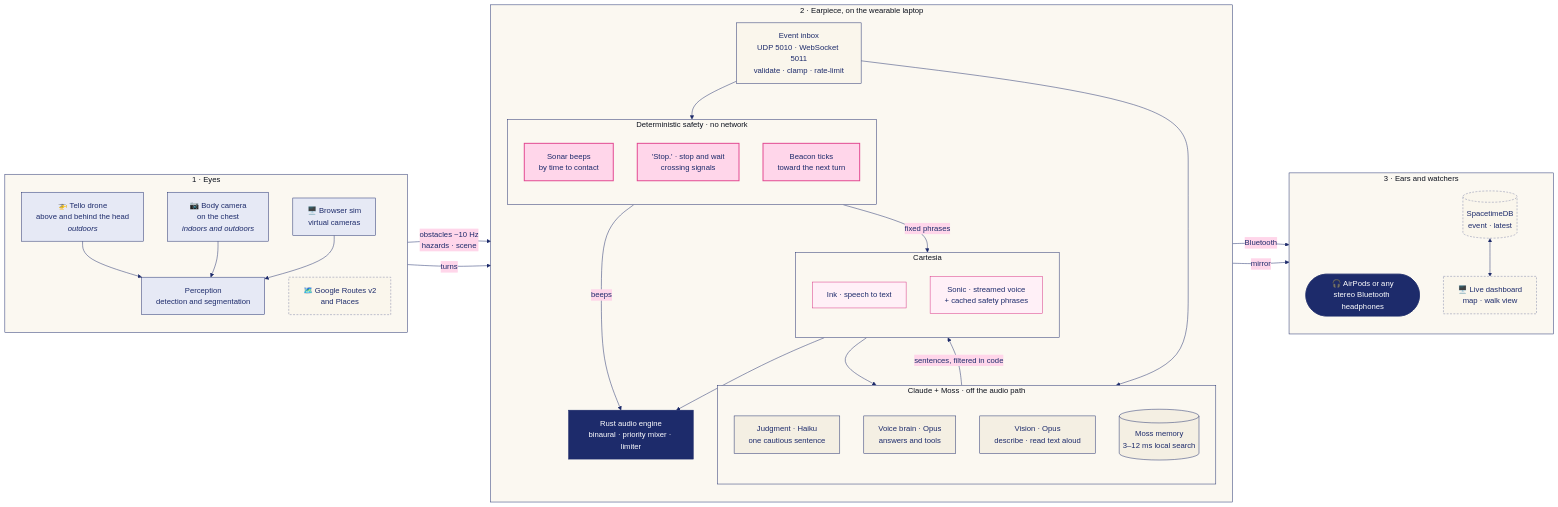
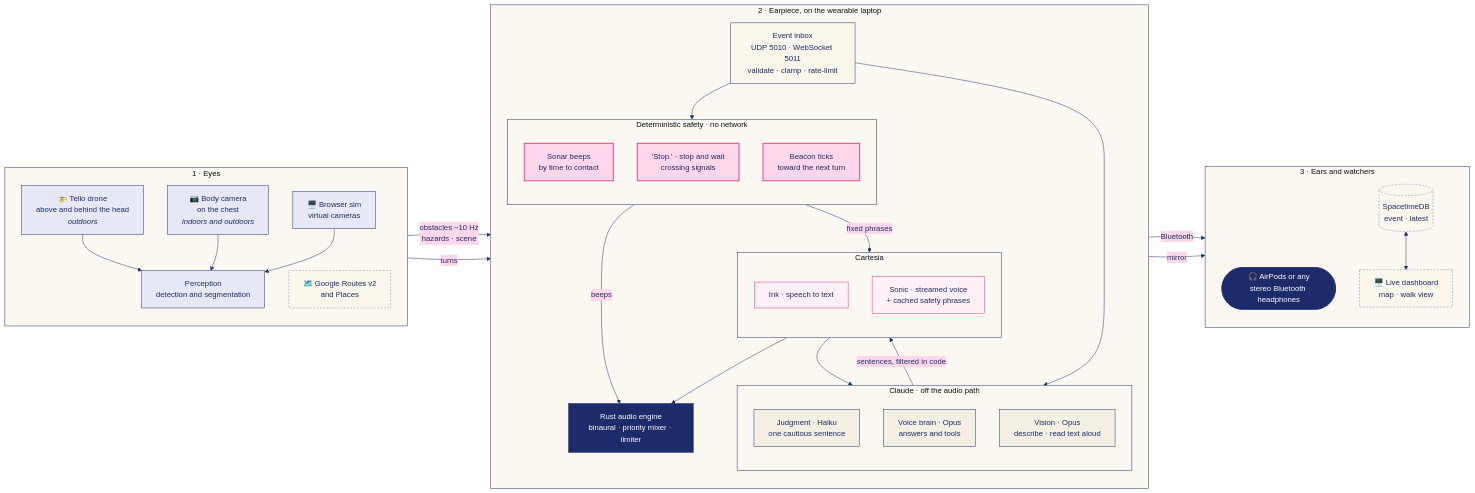
The first of 4 diagrams in README.md (KingArthur207/kite), drawn with Mermaid before and after one commit. The commit also changed other lines of this file and 22 other files, not shown here.

````diff
--- a/README.md
+++ b/README.md
@@ -103,66 +101,65 @@
 ```mermaid
 %%{init: {'theme':'base','themeVariables':{'primaryColor':'#FAF6EC','primaryTextColor':'#1D2B6B','primaryBorderColor':'#1D2B6B','lineColor':'#1D2B6B','secondaryColor':'#FFD6EA','tertiaryColor':'#F4EFE3','clusterBkg':'#FBF8F1','clusterBorder':'#1D2B6B','edgeLabelBackground':'#FFD6EA','actorBkg':'#FAF6EC','actorBorder':'#1D2B6B','actorTextColor':'#1D2B6B','signalColor':'#1D2B6B','signalTextColor':'#1D2B6B','noteBkgColor':'#FFD6EA','noteBorderColor':'#E2448F','noteTextColor':'#1D2B6B','labelBoxBkgColor':'#FFD6EA','labelBoxBorderColor':'#E2448F','sequenceNumberColor':'#FFFFFF','activationBkgColor':'#FFD6EA'}}}%%
 flowchart LR
   classDef eye fill:#E6E9F5,stroke:#1D2B6B,color:#1D2B6B
   classDef safe fill:#FFD6EA,stroke:#E2448F,color:#1D2B6B,stroke-width:2px
   classDef ai fill:#F4EFE3,stroke:#1D2B6B,color:#1D2B6B
   classDef voice fill:#FFF0F7,stroke:#D62F82,color:#1D2B6B
   classDef out fill:#1D2B6B,stroke:#1D2B6B,color:#FFFFFF
   classDef ext fill:#FAF6EC,stroke:#7D84A6,color:#1D2B6B,stroke-dasharray:4 3
 
   subgraph EYES["1 · Eyes"]
     direction TB
     drone["🚁 Tello drone<br/>above and behind the head<br/><i>outdoors</i>"]:::eye
     chest["📷 Body camera<br/>on the chest<br/><i>indoors and outdoors</i>"]:::eye
     simcam["🖥️ Browser sim<br/>virtual cameras"]:::eye
     perception["Perception<br/>detection and segmentation"]:::eye
     maps["🗺️ Google Routes v2<br/>and Places"]:::ext
     drone --> perception
     chest --> perception
     simcam --> perception
   end
 
   subgraph EAR["2 · Earpiece, on the wearable laptop"]
     direction TB
     inbox["Event inbox<br/>UDP 5010 · WebSocket 5011<br/>validate · clamp · rate-limit"]
     subgraph SAFETY["Deterministic safety · no network"]
       direction TB
       sonar["Sonar beeps<br/>by time to contact"]:::safe
       stop["'Stop.' · stop and wait<br/>crossing signals"]:::safe
       beacon["Beacon ticks<br/>toward the next turn"]:::safe
     end
-    subgraph CLAUDE["Claude + Moss · off the audio path"]
+    subgraph CLAUDE["Claude · off the audio path"]
       direction TB
       judgment["Judgment · Haiku<br/>one cautious sentence"]:::ai
       brain["Voice brain · Opus<br/>answers and tools"]:::ai
       vision["Vision · Opus<br/>describe · read text aloud"]:::ai
-      moss[("Moss memory<br/>3–12 ms local search")]:::ai
     end
     subgraph VOICE["Cartesia"]
       direction TB
       stt["Ink · speech to text"]:::voice
       tts["Sonic · streamed voice<br/>+ cached safety phrases"]:::voice
     end
     mixer["Rust audio engine<br/>binaural · priority mixer · limiter"]:::out
     inbox --> SAFETY
     inbox --> CLAUDE
     stt --> CLAUDE
     SAFETY -- "beeps" --> mixer
     SAFETY -- "fixed phrases" --> tts
     CLAUDE -- "sentences, filtered in code" --> tts
     tts --> mixer
   end
 
   subgraph OUT["3 · Ears and watchers"]
     direction TB
     airpods(["🎧 AirPods or any<br/>stereo Bluetooth headphones"]):::out
     stdb[("SpacetimeDB<br/>event · latest")]:::ext
     dash["🖥️ Live dashboard<br/>map · walk view"]:::ext
     stdb <--> dash
   end
 
   perception -- "obstacles ~10 Hz<br/>hazards · scene" --> inbox
   maps -- "turns" --> inbox
   mixer -- "Bluetooth" --> airpods
   inbox -- "mirror" --> stdb
 ```
````
